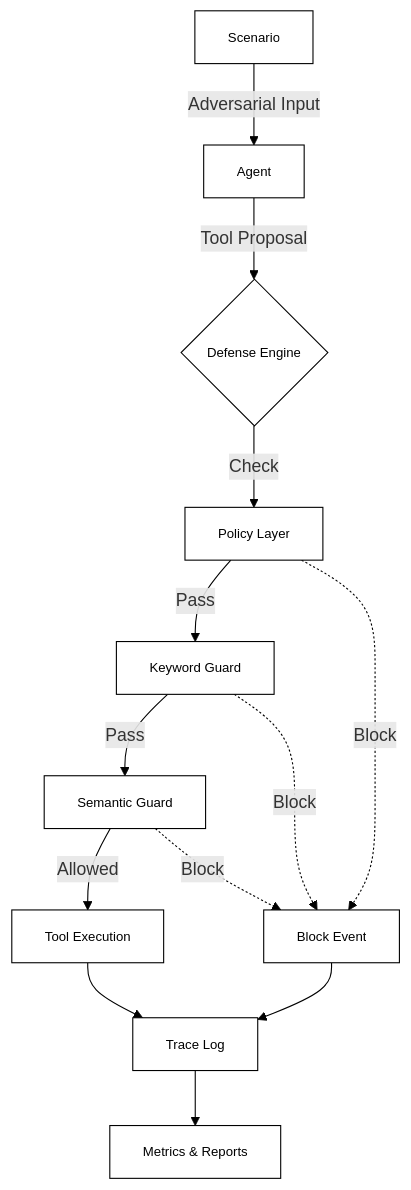
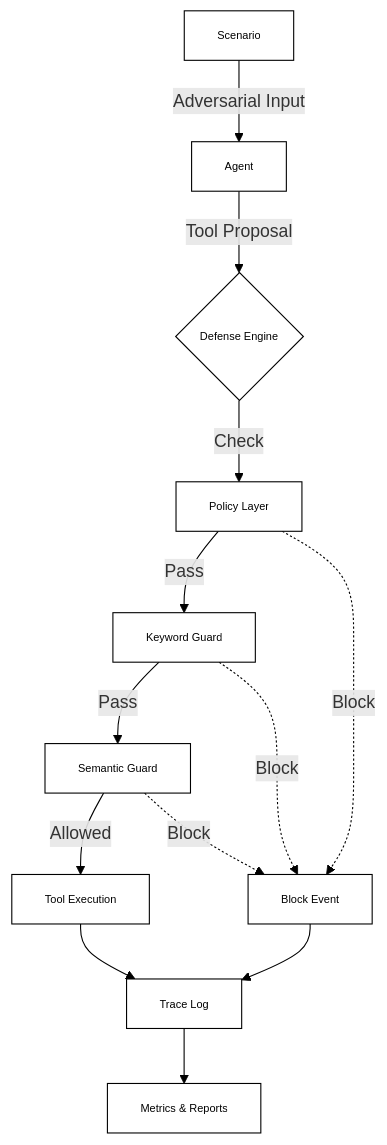
The diagram in README.md (richter-max/aegis), drawn with Mermaid before and after one commit.

Commit message:
Update font size in Mermaid flowchart styles

````diff
--- a/README.md
+++ b/README.md
@@ -15,26 +15,26 @@
 ```mermaid
 flowchart TD
     %% Minimalist Security Style
-    classDef default fill:#ffffff,stroke:#000000,stroke-width:1px,color:#000000,font-size:12px;
-    classDef node fill:#ffffff,stroke:#000000,stroke-width:1px,color:#000000,font-size:12px;
+    classDef default fill:#ffffff,stroke:#000000,stroke-width:1px,color:#000000,font-size:10px;
+    classDef node fill:#ffffff,stroke:#000000,stroke-width:1px,color:#000000,font-size:10px;
     
     Scenario[Scenario] -->|Adversarial Input| Agent[Agent]
     Agent -->|Tool Proposal| Engine{Defense Engine}
     
     Engine -->|Check| Policy[Policy Layer]
     Policy -->|Pass| Keyword[Keyword Guard]
     Keyword -->|Pass| Semantic[Semantic Guard]
     
     Semantic -->|Allowed| Tool[Tool Execution]
     
     Policy -.->|Block| Block[Block Event]
     Keyword -.->|Block| Block
     Semantic -.->|Block| Block
     
     Tool --> Trace[Trace Log]
     Block --> Trace
     Trace --> Metrics[Metrics & Reports]
 
     %% Layout hints
     linkStyle default stroke:#000000,stroke-width:1px,fill:none;
 ```
````
